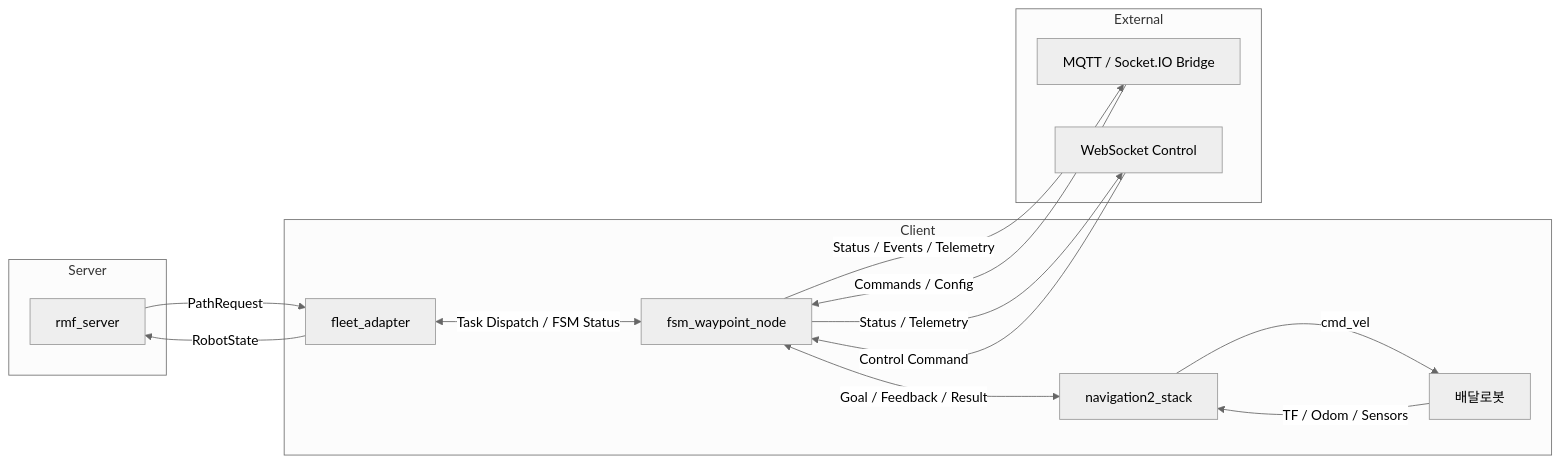
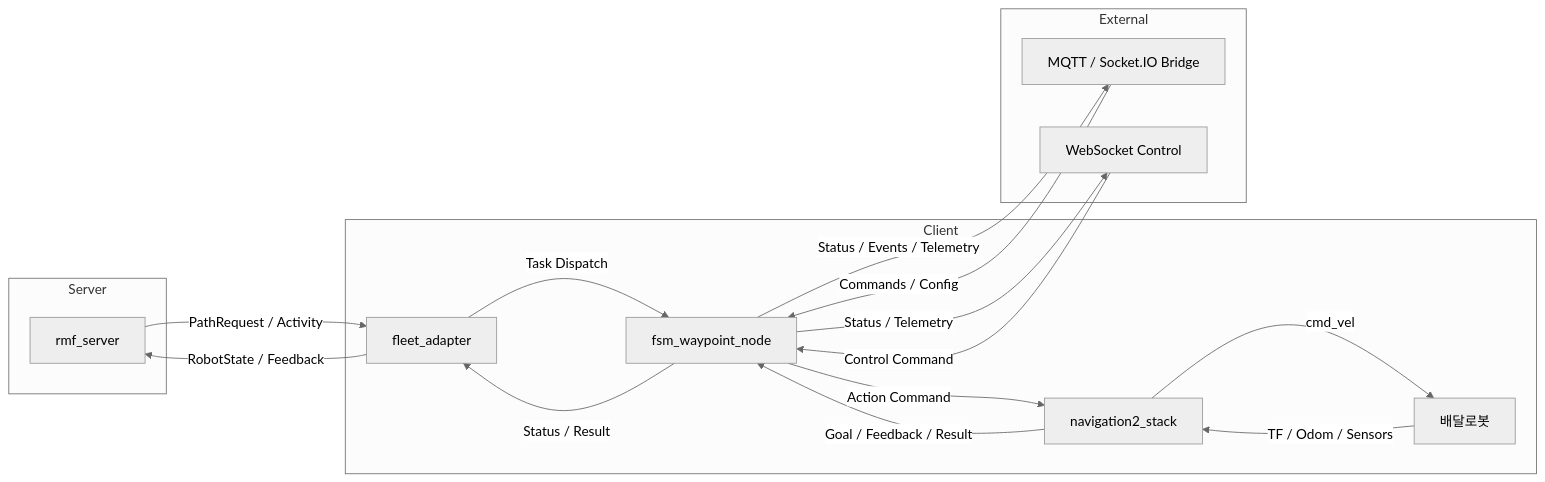
The diagram in README.md (DeveloperKSH/Open-RMF_DeliveryRobot), drawn with Mermaid (neutral theme) before and after one commit.

Commit message:
md file update

````diff
--- a/README.md
+++ b/README.md
@@ -53,42 +53,44 @@
 ```mermaid
 flowchart LR
   %% ==== Subgraphs ====
   subgraph S[Server]
     rmf_server[rmf_server]
   end
 
   subgraph C[Client]
     fleet_adapter[fleet_adapter]
     fsm[fsm_waypoint_node]
     nav2[navigation2_stack]
     robot[배달로봇]
   end
 
   subgraph E[External]
     bridge[MQTT / Socket.IO Bridge]
     ws[WebSocket Control]
   end
 
   %% ==== Server <-> Client (Adapter) ====
-  rmf_server -->|PathRequest| fleet_adapter
-  fleet_adapter -->|RobotState| rmf_server
+  rmf_server -->|PathRequest / Activity| fleet_adapter
+  fleet_adapter -->|RobotState / Feedback| rmf_server
 
   %% ==== Adapter <-> FSM ====
-  fleet_adapter <-->|Task Dispatch / FSM Status| fsm
+  fleet_adapter -->|Task Dispatch| fsm
+  fsm -->|Status / Result| fleet_adapter
 
   %% ==== FSM <-> Nav2 (ROS 2 Action) ====
-  fsm <-->|Goal / Feedback / Result| nav2
+  fsm -->|Action Command| nav2
+  nav2 -->|Goal / Feedback / Result| fsm
 
   %% ==== Nav2 <-> Robot (저수준 제어/센서) ====
   nav2 -->|cmd_vel| robot
   robot -->|TF / Odom / Sensors| nav2
 
   %% ==== FSM <-> External ====
   %% WebSocket
   ws -->|Control Command| fsm
   fsm -->|Status / Telemetry| ws
 
   %% MQTT / Socket.IO Bridge
   bridge -->|Commands / Config| fsm
   fsm -->|Status / Events / Telemetry| bridge
 ```
````
